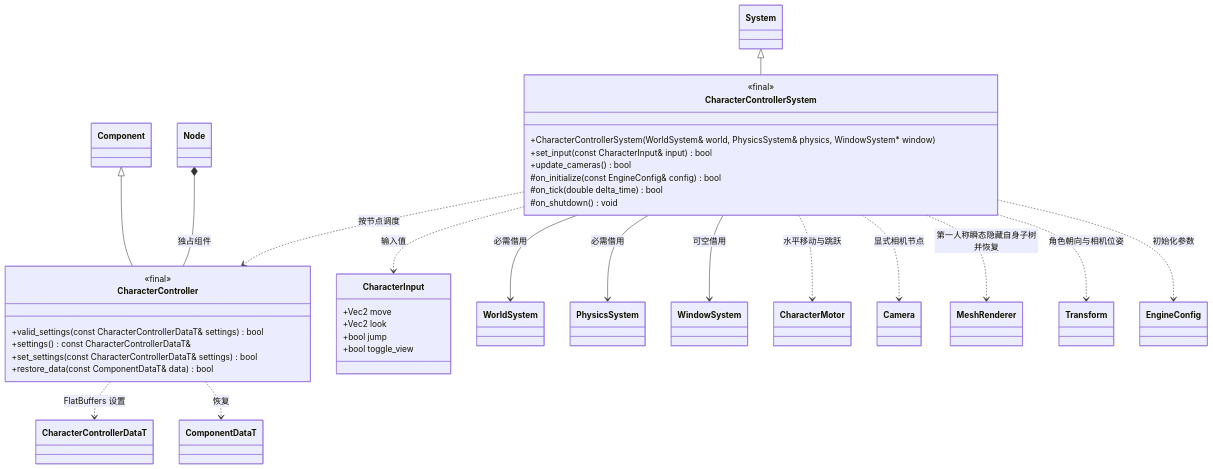
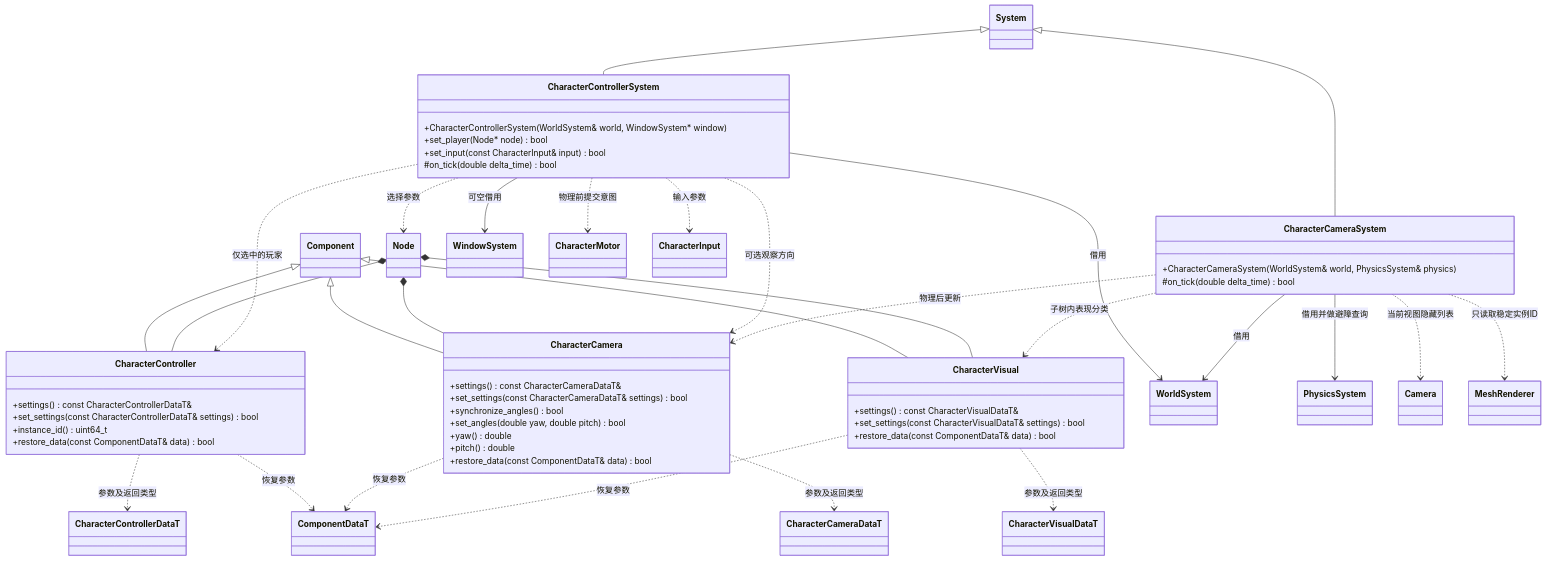
Before and after one commit to lcals/Engine: the diagram in docs/plugins/runtime/class-diagrams/character-controller.md, drawn with Mermaid. The commit also changed other lines of this file and 65 other files, not shown here.

First line of the commit message:
feat(character): separate player input, motion and follow cameras

````diff
--- a/docs/plugins/runtime/class-diagrams/character-controller.md
+++ b/docs/plugins/runtime/class-diagrams/character-controller.md
@@ -5,53 +5,74 @@
 ```mermaid
 classDiagram
     class CharacterController {
-        <<final>>
-        +valid_settings(const CharacterControllerDataT& settings) bool
         +settings() const CharacterControllerDataT&
         +set_settings(const CharacterControllerDataT& settings) bool
+        +instance_id() uint64_t
         +restore_data(const ComponentDataT& data) bool
     }
     class CharacterControllerSystem {
-        <<final>>
-        +CharacterControllerSystem(WorldSystem& world, PhysicsSystem& physics, WindowSystem* window)
+        +CharacterControllerSystem(WorldSystem& world, WindowSystem* window)
+        +set_player(Node* node) bool
         +set_input(const CharacterInput& input) bool
-        +update_cameras() bool
-        #on_initialize(const EngineConfig& config) bool
         #on_tick(double delta_time) bool
-        #on_shutdown() void
     }
-    class CharacterInput {
-        +Vec2 move
-        +Vec2 look
-        +bool jump
-        +bool toggle_view
+    class CharacterCamera {
+        +settings() const CharacterCameraDataT&
+        +set_settings(const CharacterCameraDataT& settings) bool
+        +synchronize_angles() bool
+        +set_angles(double yaw, double pitch) bool
+        +yaw() double
+        +pitch() double
+        +restore_data(const ComponentDataT& data) bool
+    }
+    class CharacterCameraSystem {
+        +CharacterCameraSystem(WorldSystem& world, PhysicsSystem& physics)
+        #on_tick(double delta_time) bool
+    }
+    class CharacterVisual {
+        +settings() const CharacterVisualDataT&
+        +set_settings(const CharacterVisualDataT& settings) bool
+        +restore_data(const ComponentDataT& data) bool
     }
     class Component
     class System
     class Node
     class WorldSystem
+    class WindowSystem
     class PhysicsSystem
-    class WindowSystem
     class CharacterMotor
     class Camera
     class MeshRenderer
-    class Transform
     class CharacterControllerDataT
+    class CharacterCameraDataT
+    class CharacterVisualDataT
     class ComponentDataT
-    class EngineConfig
+    class CharacterInput
     Component <|-- CharacterController
-    Node *-- CharacterController : 独占组件
+    Component <|-- CharacterCamera
+    Component <|-- CharacterVisual
     System <|-- CharacterControllerSystem
-    CharacterController ..> CharacterControllerDataT : FlatBuffers 设置
-    CharacterController ..> ComponentDataT : 恢复
-    CharacterControllerSystem --> WorldSystem : 必需借用
-    CharacterControllerSystem --> PhysicsSystem : 必需借用
+    System <|-- CharacterCameraSystem
+    Node *-- CharacterController
+    Node *-- CharacterCamera
+    Node *-- CharacterVisual
+    CharacterController ..> CharacterControllerDataT : 参数及返回类型
+    CharacterCamera ..> CharacterCameraDataT : 参数及返回类型
+    CharacterVisual ..> CharacterVisualDataT : 参数及返回类型
+    CharacterController ..> ComponentDataT : 恢复参数
+    CharacterCamera ..> ComponentDataT : 恢复参数
+    CharacterVisual ..> ComponentDataT : 恢复参数
+    CharacterControllerSystem ..> Node : 选择参数
+    CharacterControllerSystem ..> CharacterInput : 输入参数
+    CharacterControllerSystem --> WorldSystem : 借用
     CharacterControllerSystem --> WindowSystem : 可空借用
-    CharacterControllerSystem ..> CharacterInput : 输入值
-    CharacterControllerSystem ..> CharacterController : 按节点调度
-    CharacterControllerSystem ..> CharacterMotor : 水平移动与跳跃
-    CharacterControllerSystem ..> MeshRenderer : 第一人称瞬态隐藏自身子树并恢复
-    CharacterControllerSystem ..> Camera : 显式相机节点
-    CharacterControllerSystem ..> Transform : 角色朝向与相机位姿
-    CharacterControllerSystem ..> EngineConfig : 初始化参数
+    CharacterControllerSystem ..> CharacterController : 仅选中的玩家
+    CharacterControllerSystem ..> CharacterMotor : 物理前提交意图
+    CharacterControllerSystem ..> CharacterCamera : 可选观察方向
+    CharacterCameraSystem --> WorldSystem : 借用
+    CharacterCameraSystem --> PhysicsSystem : 借用并做避障查询
+    CharacterCameraSystem ..> CharacterCamera : 物理后更新
+    CharacterCameraSystem ..> Camera : 当前视图隐藏列表
+    CharacterCameraSystem ..> CharacterVisual : 子树内表现分类
+    CharacterCameraSystem ..> MeshRenderer : 只读取稳定实例ID
 ```
````
